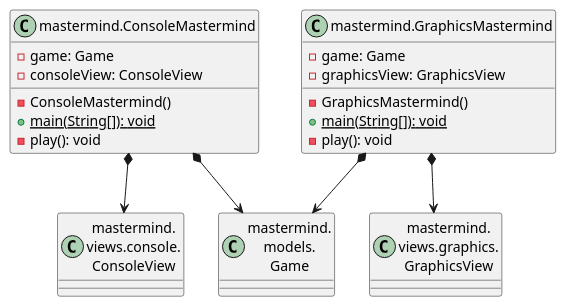
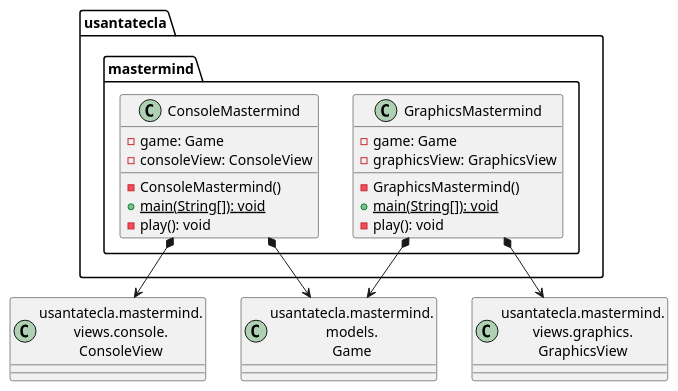
One commit to SantaTecla-mastermind/solution.java.swing.socket.sql changed the first of 6 diagrams in documentView/withoutFactoryMethod/docs/diagrams/src/paquetes.plantuml. Above: the diagram before and after it, drawn with PlantUML. The commit also changed other lines of this file and 15 other files, not shown here.

Commit message:
README dv.withoutFactory - Falta solo paquete graphics. Refactorizado nombre paquetes con 'usantatecla'.

```diff
--- a/documentView/withoutFactoryMethod/docs/diagrams/src/paquetes.plantuml
+++ b/documentView/withoutFactoryMethod/docs/diagrams/src/paquetes.plantuml
@@ -1,26 +1,26 @@
-@startuml mastermind
-class ConsoleMastermind as "mastermind.ConsoleMastermind"{
+@startuml usantatecla.mastermind
+class usantatecla.mastermind.ConsoleMastermind{
 - game: Game
 - consoleView: ConsoleView
 - ConsoleMastermind()
 + {static} main(String[]): void
 - play(): void
 }
 
-class GraphicsMastermind as "mastermind.GraphicsMastermind"{
+class usantatecla.mastermind.GraphicsMastermind{
 - game: Game
 - graphicsView: GraphicsView
 - GraphicsMastermind()
 + {static} main(String[]): void
 - play(): void
 }
 
-class ConsoleView as "mastermind.\nviews.console.\nConsoleView"{}
-class GraphicsView as "mastermind.\nviews.graphics.\nGraphicsView"{}
-class Game as "mastermind.\nmodels.\nGame"{}
-ConsoleMastermind *-down-> ConsoleView
-ConsoleMastermind *-down-> Game
-GraphicsMastermind *-down-> GraphicsView
-GraphicsMastermind *-down-> Game
+class ConsoleView as "usantatecla.mastermind.\nviews.console.\nConsoleView"{}
+class GraphicsView as "usantatecla.mastermind.\nviews.graphics.\nGraphicsView"{}
+class Game as "usantatecla.mastermind.\nmodels.\nGame"{}
+usantatecla.mastermind.ConsoleMastermind *-down-> ConsoleView
+usantatecla.mastermind.ConsoleMastermind *-down-> Game
+usantatecla.mastermind.GraphicsMastermind *-down-> GraphicsView
+usantatecla.mastermind.GraphicsMastermind *-down-> Game
 
 @enduml
```
